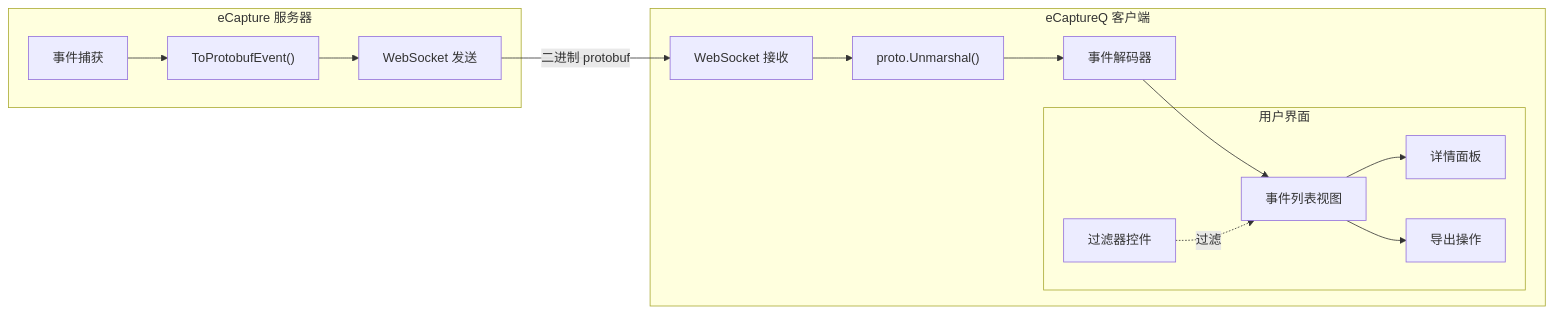
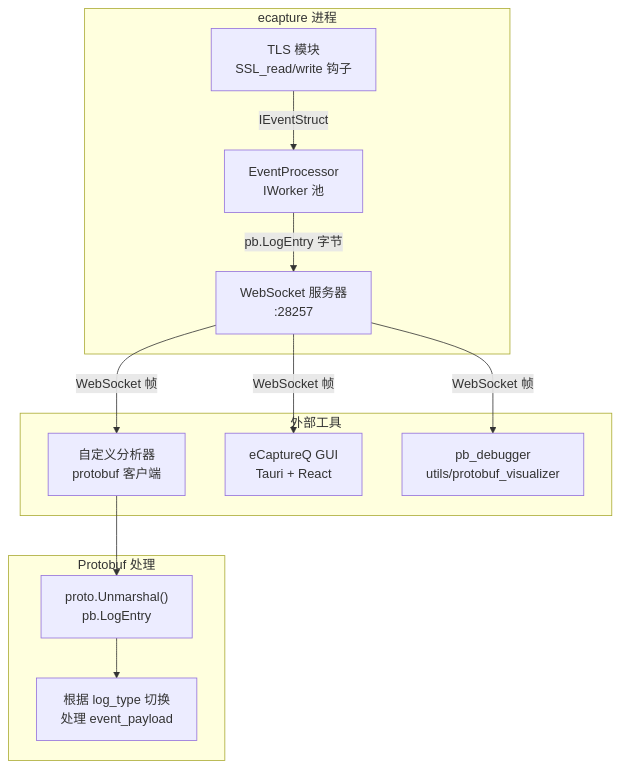
The eighth of 10 diagrams in src/zh/4-output-formats/4.4-protobuf-and-external-integration.md (gojue/ecapture.cc), drawn with Mermaid before and after one commit. The commit also changed other lines of this file and 115 other files, not shown here.

````diff
--- a/src/zh/4-output-formats/4.4-protobuf-and-external-integration.md
+++ b/src/zh/4-output-formats/4.4-protobuf-and-external-integration.md
@@ -317,33 +359,29 @@
 ```mermaid
-flowchart LR
-    subgraph eCapture["eCapture 服务器"]
-        Capture["事件捕获"]
-        ToProto["ToProtobufEvent()"]
-        WS_Send["WebSocket 发送"]
+graph TB
+    subgraph "ecapture 进程"
+        TLSCapture["TLS 模块<br/>SSL_read/write 钩子"]
+        EventProc["EventProcessor<br/>IWorker 池"]
+        WSServer["WebSocket 服务器<br/>:28257"]
         
-        Capture --> ToProto
-        ToProto --> WS_Send
+        TLSCapture -->|"IEventStruct"| EventProc
+        EventProc -->|"pb.LogEntry 字节"| WSServer
     end
     
-    subgraph eCaptureQ["eCaptureQ 客户端"]
-        WS_Recv["WebSocket 接收"]
-        Unmarshal["proto.Unmarshal()"]
-        Decode["事件解码器"]
+    subgraph "外部工具"
+        CustomAnalyzer["自定义分析器<br/>protobuf 客户端"]
+        ECaptureQ["eCaptureQ GUI<br/>Tauri + React"]
+        DebugTool["pb_debugger<br/>utils/protobuf_visualizer"]
         
-        subgraph UI["用户界面"]
-            List["事件列表视图"]
-            Detail["详情面板"]
-            Filter["过滤器控件"]
-            Export["导出操作"]
-        end
-        
-        WS_Recv --> Unmarshal
-        Unmarshal --> Decode
-        Decode --> List
-        List --> Detail
-        Filter -.过滤.-> List
-        List --> Export
+        WSServer -->|"WebSocket 帧"| CustomAnalyzer
+        WSServer -->|"WebSocket 帧"| ECaptureQ
+        WSServer -->|"WebSocket 帧"| DebugTool
     end
     
-    WS_Send -->|二进制 protobuf| WS_Recv
+    subgraph "Protobuf 处理"
+        Unmarshal["proto.Unmarshal()<br/>pb.LogEntry"]
+        EventHandler["根据 log_type 切换<br/>处理 event_payload"]
+        
+        CustomAnalyzer --> Unmarshal
+        Unmarshal --> EventHandler
+    end
 ```
````
